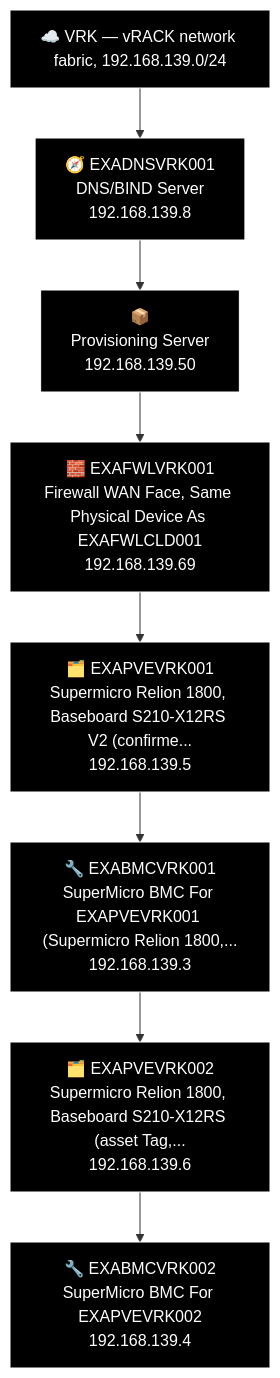
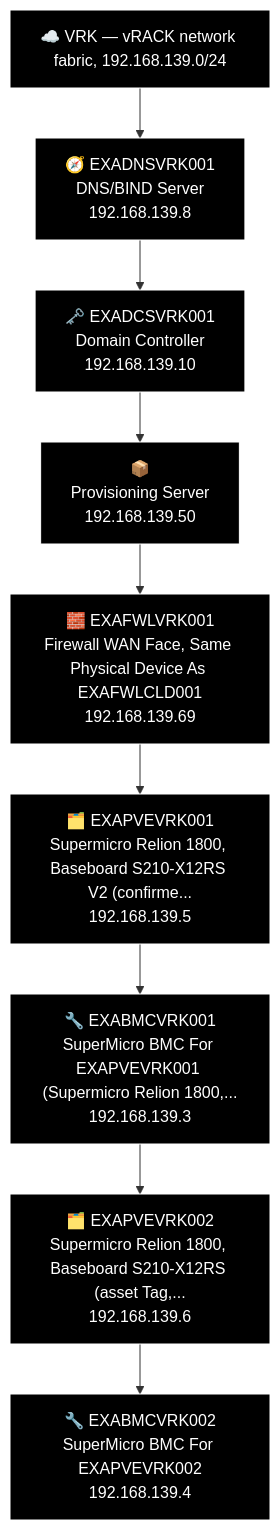
Before and after one commit to knightmare2600/example_music_infra: the diagram in docs/network-diagram/vrk.md, drawn with Mermaid. The commit also changed 6 other files, not shown here.

````diff
--- a/docs/network-diagram/vrk.md
+++ b/docs/network-diagram/vrk.md
@@ -31,23 +31,25 @@
 ```mermaid
 %% GENERATED:TOPOLOGY:VRK:START
 %%{init: {'flowchart': {'curve': 'stepAfter'}}}%%
 graph TD
     T_VRK["☁️ VRK — vRACK network fabric, 192.168.139.0/24"]
     T_DNS["🧭 EXADNSVRK001<br/>DNS/BIND Server<br/>192.168.139.8"]
+    T_DCS["🗝️ EXADCSVRK001<br/>Domain Controller<br/>192.168.139.10"]
     T_TMP["📦<br/>Provisioning Server<br/>192.168.139.50"]
     T_FWL["🧱 EXAFWLVRK001<br/>Firewall WAN Face, Same Physical Device As EXAFWLCLD001<br/>192.168.139.69"]
     T_PVE["🗂️ EXAPVEVRK001<br/>Supermicro Relion 1800, Baseboard S210-X12RS V2 (confirme...<br/>192.168.139.5"]
     T_BMC["🔧 EXABMCVRK001<br/>SuperMicro BMC For EXAPVEVRK001 (Supermicro Relion 1800,...<br/>192.168.139.3"]
     T_PVE2["🗂️ EXAPVEVRK002<br/>Supermicro Relion 1800, Baseboard S210-X12RS (asset Tag,...<br/>192.168.139.6"]
     T_BMC2["🔧 EXABMCVRK002<br/>SuperMicro BMC For EXAPVEVRK002<br/>192.168.139.4"]
-    T_VRK --> T_DNS --> T_TMP --> T_FWL --> T_PVE --> T_BMC --> T_PVE2 --> T_BMC2
+    T_VRK --> T_DNS --> T_DCS --> T_TMP --> T_FWL --> T_PVE --> T_BMC --> T_PVE2 --> T_BMC2
     style T_VRK fill:#000000,stroke:#FFFFFF,color:#FFFFFF
     style T_DNS fill:#000000,stroke:#FFFFFF,color:#FFFFFF
+    style T_DCS fill:#000000,stroke:#FFFFFF,color:#FFFFFF
     style T_TMP fill:#000000,stroke:#FFFFFF,color:#FFFFFF
     style T_FWL fill:#000000,stroke:#FFFFFF,color:#FFFFFF
     style T_PVE fill:#000000,stroke:#FFFFFF,color:#FFFFFF
     style T_BMC fill:#000000,stroke:#FFFFFF,color:#FFFFFF
     style T_PVE2 fill:#000000,stroke:#FFFFFF,color:#FFFFFF
     style T_BMC2 fill:#000000,stroke:#FFFFFF,color:#FFFFFF
 %% GENERATED:TOPOLOGY:VRK:END
 ```
````
